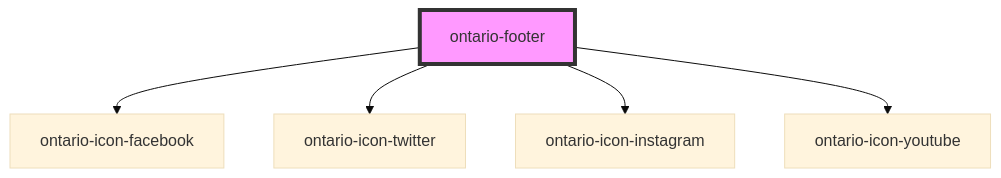
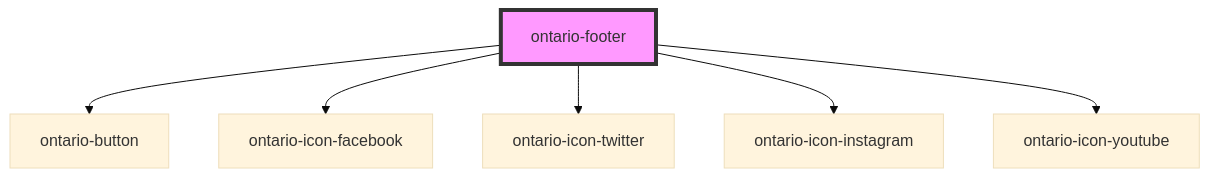
The diagram in packages/ontario-design-system-component-library/src/components/ontario-footer/readme.md (ongov/ontario-design-system), drawn with Mermaid (base theme) before and after one commit. The commit also changed other lines of this file and 7 other files, not shown here.

Commit message:
updated footer button design

````diff
--- a/packages/ontario-design-system-component-library/src/components/ontario-footer/readme.md
+++ b/packages/ontario-design-system-component-library/src/components/ontario-footer/readme.md
@@ -29,8 +30,9 @@
 ```mermaid
 graph TD;
+  ontario-footer --> ontario-button
   ontario-footer --> ontario-icon-facebook
   ontario-footer --> ontario-icon-twitter
   ontario-footer --> ontario-icon-instagram
   ontario-footer --> ontario-icon-youtube
   style ontario-footer fill:#f9f,stroke:#333,stroke-width:4px
 ```
````
